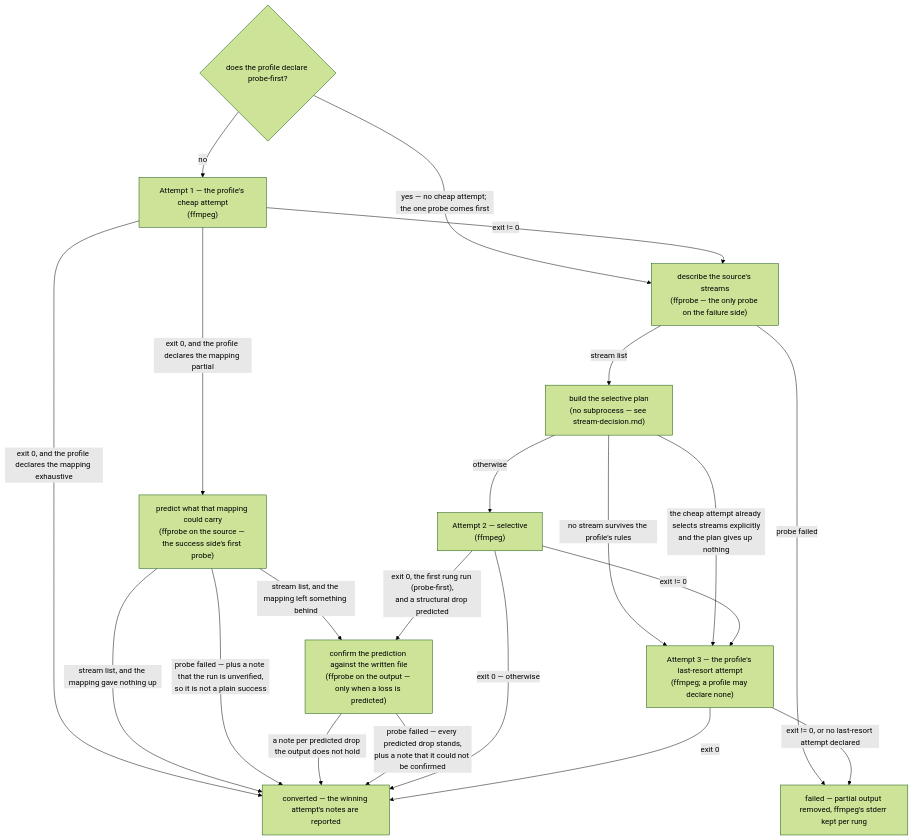
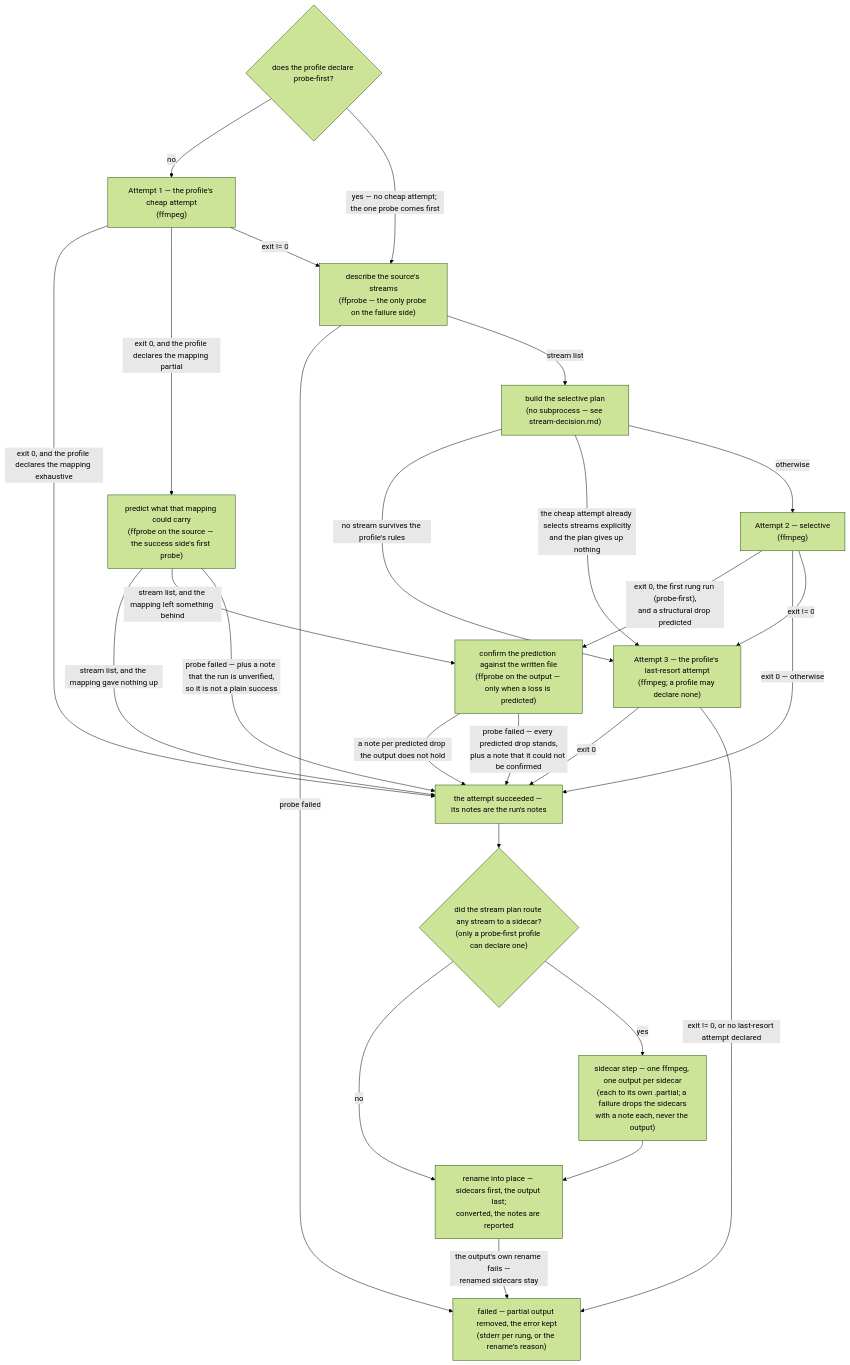
One commit to bhemsen/converter changed the diagram in docs/design/degradation-ladder.md. Above: the diagram before and after it, drawn with Mermaid (forest theme). The commit also changed other lines of this file and 6 other files, not shown here.

First line of the commit message:
docs(spec): subtitle sidecars for --to web (roadmap phase 14) (#175)

````diff
--- a/docs/design/degradation-ladder.md
+++ b/docs/design/degradation-ladder.md
@@ -17,34 +17,42 @@
 ```mermaid
 flowchart TD
     PF{"does the profile declare probe-first?"}
     A["Attempt 1 — the profile's cheap attempt<br/>(ffmpeg)"]
     V["predict what that mapping could carry<br/>(ffprobe on the source — the success side's first probe)"]
     C["confirm the prediction against the written file<br/>(ffprobe on the output — only when a loss is predicted)"]
     P["describe the source's streams<br/>(ffprobe — the only probe on the failure side)"]
     PLAN["build the selective plan<br/>(no subprocess — see stream-decision.md)"]
     SEL["Attempt 2 — selective<br/>(ffmpeg)"]
     FIN["Attempt 3 — the profile's last-resort attempt<br/>(ffmpeg; a profile may declare none)"]
-    OK["converted — the winning attempt's notes are reported"]
-    BAD["failed — partial output removed, ffmpeg's stderr kept per rung"]
+    OK["the attempt succeeded — its notes are the run's notes"]
+    SCQ{"did the stream plan route any stream to a sidecar?<br/>(only a probe-first profile can declare one)"}
+    SCS["sidecar step — one ffmpeg, one output per sidecar<br/>(each to its own .partial; a failure drops the sidecars<br/>with a note each, never the output)"]
+    DONE["rename into place — sidecars first, the output last;<br/>converted, the notes are reported"]
+    BAD["failed — partial output removed, the error kept<br/>(stderr per rung, or the rename's reason)"]
 
     PF -->|"no"| A
     PF -->|"yes — no cheap attempt; the one probe comes first"| P
     A -->|"exit 0, and the profile declares the mapping exhaustive"| OK
     A -->|"exit 0, and the profile declares the mapping partial"| V
     V -->|"stream list, and the mapping gave nothing up"| OK
     V -->|"stream list, and the mapping left something behind"| C
     V -->|"probe failed — plus a note that the run is unverified,<br/>so it is not a plain success"| OK
     C -->|"a note per predicted drop the output does not hold"| OK
     C -->|"probe failed — every predicted drop stands,<br/>plus a note that it could not be confirmed"| OK
     A -->|"exit != 0"| P
     P -->|"probe failed"| BAD
     P -->|"stream list"| PLAN
     PLAN -->|"no stream survives the profile's rules"| FIN
     PLAN -->|"the cheap attempt already selects streams explicitly<br/>and the plan gives up nothing"| FIN
     PLAN -->|"otherwise"| SEL
     SEL -->|"exit 0, the first rung run (probe-first),<br/>and a structural drop predicted"| C
     SEL -->|"exit 0 — otherwise"| OK
     SEL -->|"exit != 0"| FIN
     FIN -->|"exit 0"| OK
     FIN -->|"exit != 0, or no last-resort attempt declared"| BAD
+    OK --> SCQ
+    SCQ -->|"no"| DONE
+    SCQ -->|"yes"| SCS
+    SCS --> DONE
+    DONE -->|"the output's own rename fails —<br/>renamed sidecars stay"| BAD
 ```
````
